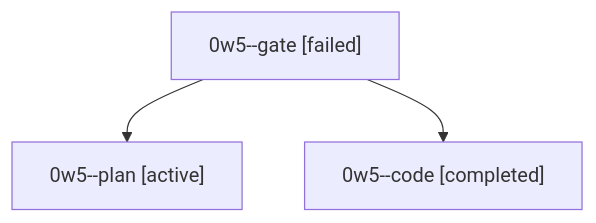
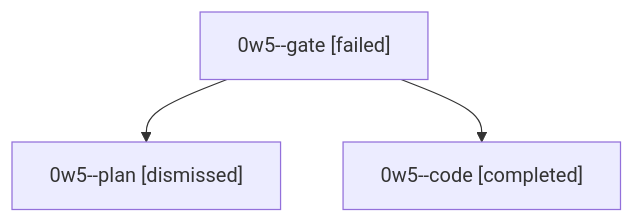
Before and after one commit to bobs-org/bob-cli--agents: the diagram in sessions/bbugyi200.athena.0w5.md, drawn with Mermaid. The commit also changed other lines of this file and 46 other files, not shown here.

````diff
--- a/sessions/bbugyi200.athena.0w5.md
+++ b/sessions/bbugyi200.athena.0w5.md
@@ -9,8 +9,8 @@
 ```mermaid
 flowchart TD
   n0["0w5--gate [failed]"]
-  n1["0w5--plan [active]"]
+  n1["0w5--plan [dismissed]"]
   n0 --> n1
   n2["0w5--code [completed]"]
   n0 --> n2
 ```
````
